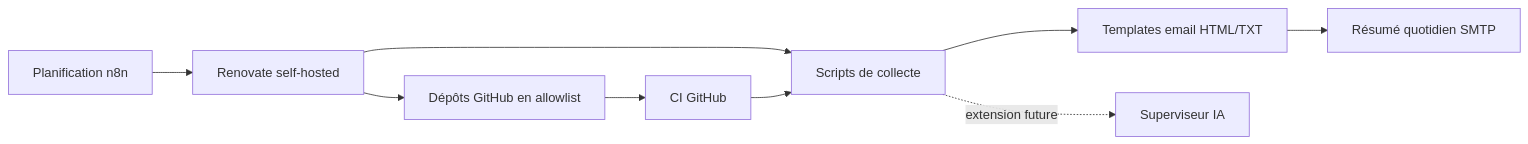
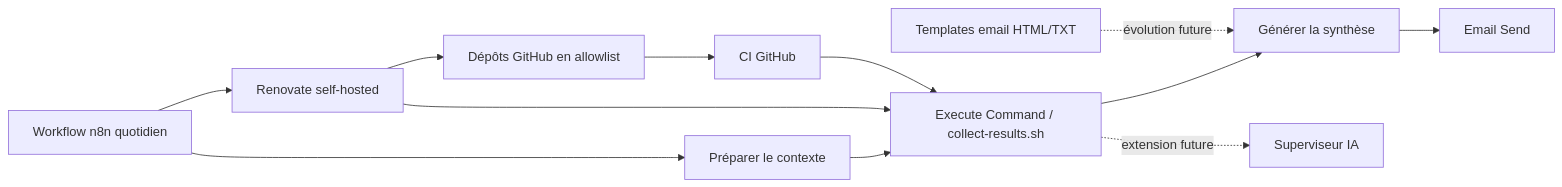
The diagram in docs/architecture.md (arnaud-wissart-lab/repo-ops), drawn with Mermaid before and after one commit. The commit also changed other lines of this file and 9 other files, not shown here.

First line of the commit message:
feat(n8n): ajoute le workflow quotidien de maintenance

````diff
--- a/docs/architecture.md
+++ b/docs/architecture.md
@@ -40,11 +50,14 @@
 ```mermaid
 flowchart LR
-    Scheduler["Planification n8n"] --> Renovate["Renovate self-hosted"]
+    Scheduler["Workflow n8n quotidien"] --> Context["Préparer le contexte"]
+    Context --> Collect["Execute Command / collect-results.sh"]
+    Collect --> Summary["Générer la synthèse"]
+    Summary --> Mail["Email Send"]
+    Scheduler --> Renovate["Renovate self-hosted"]
     Renovate --> GitHub["Dépôts GitHub en allowlist"]
     GitHub --> CI["CI GitHub"]
-    Renovate --> Collect["Scripts de collecte"]
+    Renovate --> Collect
     CI --> Collect
-    Collect --> Templates["Templates email HTML/TXT"]
-    Templates --> Mail["Résumé quotidien SMTP"]
+    Templates["Templates email HTML/TXT"] -. évolution future .-> Summary
     Collect -. extension future .-> AI["Superviseur IA"]
 ```
````
